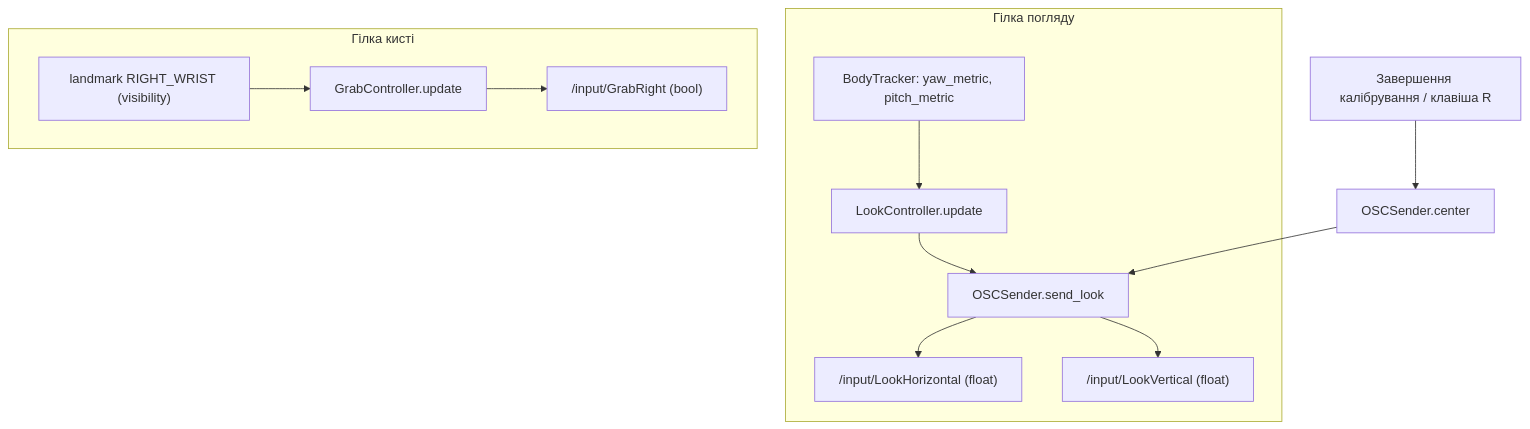
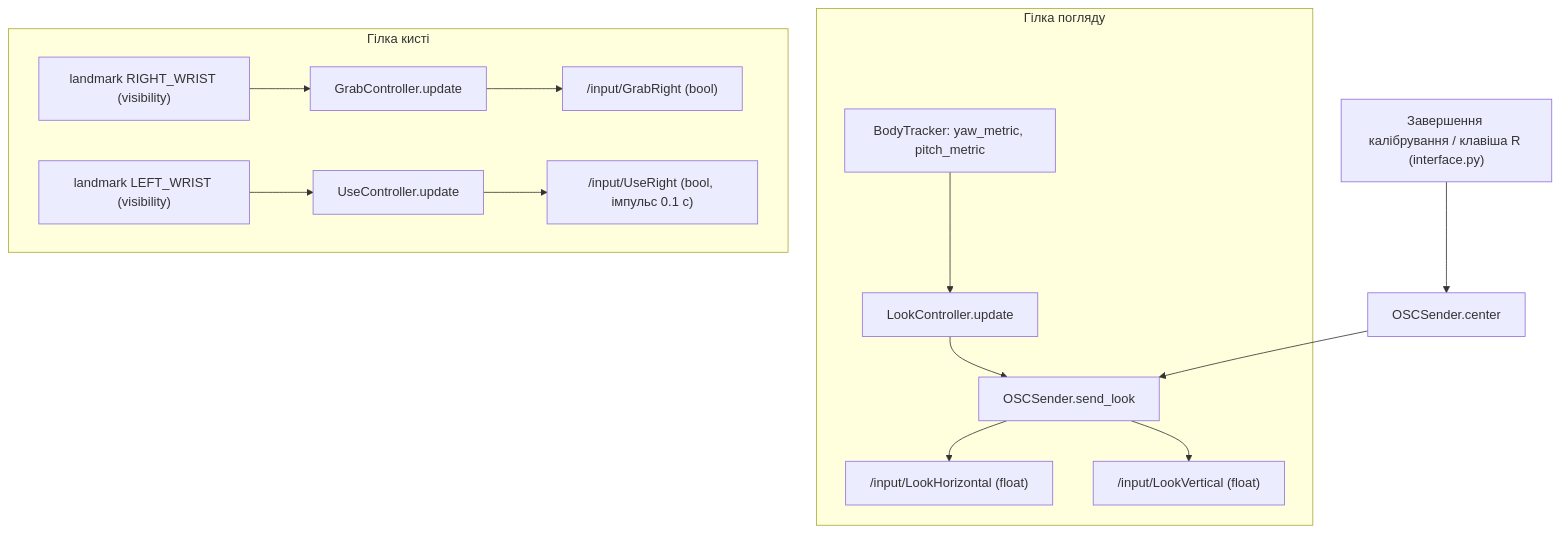
The third of 4 diagrams in MediaPipe/Project.md (oleksandrblazhko/NonVR4VRChat), drawn with Mermaid before and after one commit. The commit also changed other lines of this file and 14 other files, not shown here.

````diff
--- a/MediaPipe/Project.md
+++ b/MediaPipe/Project.md
@@ -148,17 +148,19 @@
 ```mermaid
 graph TD
     subgraph Гілка погляду
         BT[BodyTracker: yaw_metric, pitch_metric] --> LC[LookController.update]
         LC --> SL[OSCSender.send_look]
         SL --> LH["/input/LookHorizontal (float)"]
         SL --> LV["/input/LookVertical (float)"]
     end
 
     subgraph Гілка кисті
         RW["landmark RIGHT_WRIST (visibility)"] --> GC[GrabController.update]
         GC --> GR["/input/GrabRight (bool)"]
+        LW["landmark LEFT_WRIST (visibility)"] --> UC[UseController.update]
+        UC --> UR["/input/UseRight (bool, імпульс 0.1 с)"]
     end
 
-    CAL[Завершення калібрування / клавіша R] --> CEN[OSCSender.center]
+    CAL["Завершення калібрування / клавіша R (interface.py)"] --> CEN[OSCSender.center]
     CEN --> SL
 ```
````
